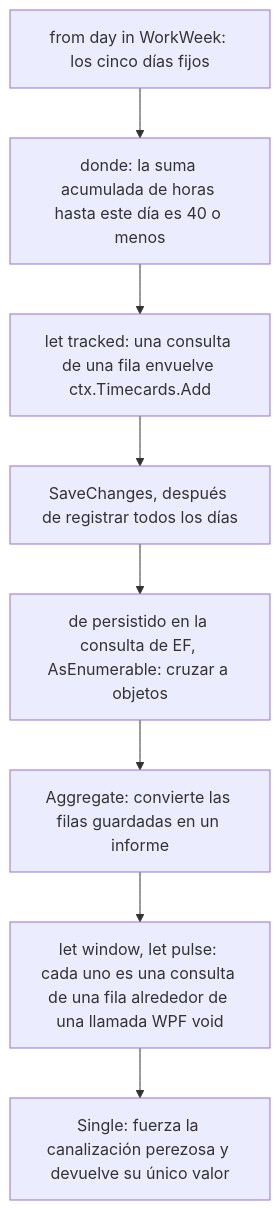
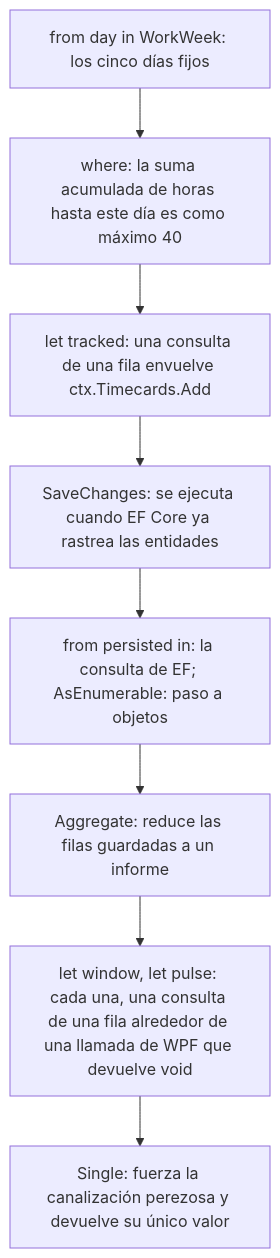
Before and after one commit to dullroar/aprende-a-programar-como-un-bicho-raro: the diagram in src/LinqChallenge2/README.md, drawn with Mermaid. The commit also changed other lines of this file and 7 other files, not shown here.

Commit message:
loop(P3C-013): editorial correction of src/LinqChallenge2/README.md per review Part D: where/from persisted in literal in labels, suma acumulada glossed once, función auxiliar, bullet lead-ins unified, superfluas agreement fix, 7 dispositions recorded, SI-013 and SI-014 logged, diagram 11.1 pt

````diff
--- a/src/LinqChallenge2/README.md
+++ b/src/LinqChallenge2/README.md
@@ -51,12 +51,12 @@
 ```mermaid
 flowchart TD
     accTitle: LinqChallenge2: sintaxis de consulta sobre los cinco días fijos, forzada por un único Single
-    accDescr: Un diagrama de flujo. La primera consulta recorre los cinco días fijos. Su cláusula where recalcula el total acumulado como una suma de prefijos, sin acumulador, y conserva un día solo mientras el total no pasa de 40. Una cláusula let envuelve el Add de EF Core en una consulta de una fila para obtener un valor de una llamada void. SaveChanges va después. La segunda consulta recorre la consulta de EF Core de esta ejecución y pasa a objetos con AsEnumerable. Un Aggregate combina las filas guardadas en un informe. Otras cláusulas let, cada una con una consulta de una fila, construyen la ventana y el pulso. Un Single final obliga a ejecutar la canalización perezosa y devuelve su único valor.
-    A["from day in WorkWeek: los cinco días fijos"] --> B["donde: la suma acumulada de horas hasta este día es 40 o menos"]
+    accDescr: Un diagrama de flujo. La primera consulta recorre los cinco días fijos. Su cláusula where recalcula, sin acumulador, la suma acumulada de horas hasta ese día y conserva un día solo mientras ese total no pasa de 40. Una cláusula let envuelve el Add de EF Core en una consulta de una fila para obtener un valor de una llamada void. SaveChanges se ejecuta después, cuando EF Core ya rastrea las entidades. La segunda consulta recorre la consulta de EF Core de esta ejecución y pasa a objetos con AsEnumerable. Un Aggregate reduce las filas guardadas a un informe. Otras cláusulas let, cada una con una consulta de una fila, construyen la ventana y el pulso. Un Single final obliga a ejecutar la canalización perezosa y devuelve su único valor.
+    A["from day in WorkWeek: los cinco días fijos"] --> B["where: la suma acumulada de horas hasta este día es como máximo 40"]
     B --> C["let tracked: una consulta de una fila envuelve ctx.Timecards.Add"]
-    C --> D["SaveChanges, después de registrar todos los días"]
-    D --> E["de persistido en la consulta de EF, AsEnumerable: cruzar a objetos"]
-    E --> F["Aggregate: convierte las filas guardadas en un informe"]
-    F --> G["let window, let pulse: cada uno es una consulta de una fila alrededor de una llamada WPF void"]
+    C --> D["SaveChanges: se ejecuta cuando EF Core ya rastrea las entidades"]
+    D --> E["from persisted in: la consulta de EF; AsEnumerable: paso a objetos"]
+    E --> F["Aggregate: reduce las filas guardadas a un informe"]
+    F --> G["let window, let pulse: cada una, una consulta de una fila alrededor de una llamada de WPF que devuelve void"]
     G --> H["Single: fuerza la canalización perezosa y devuelve su único valor"]
 ```
````
